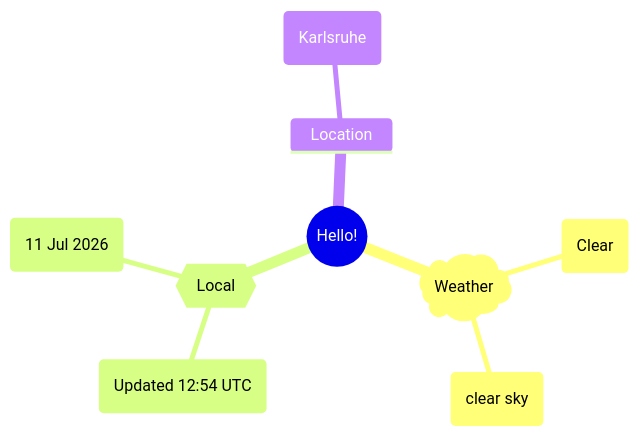
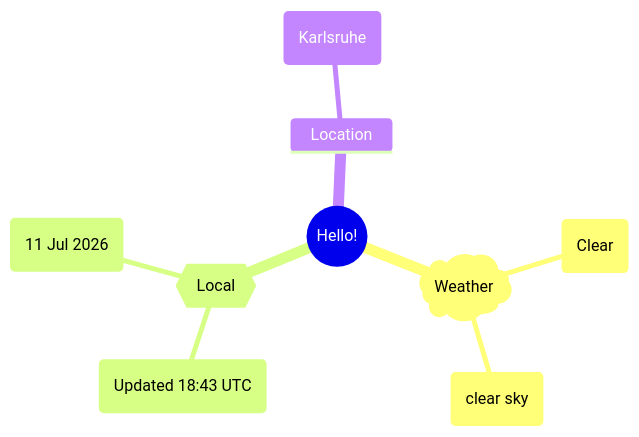
One commit to Xosrov/Xosrov changed the first of 2 diagrams in README.md. Above: the diagram before and after it, drawn with Mermaid.

Commit message:
[bot] updated images

````diff
--- a/README.md
+++ b/README.md
@@ -3,12 +3,12 @@
 ```mermaid
 mindmap
   root((Hello!))
     )Weather(
         (Clear)
         (clear sky)
     {{Local}}
-        (Updated 12:54 UTC)
+        (Updated 18:43 UTC)
         (11 Jul 2026)
     Location
         (Karlsruhe)
 ```
````
